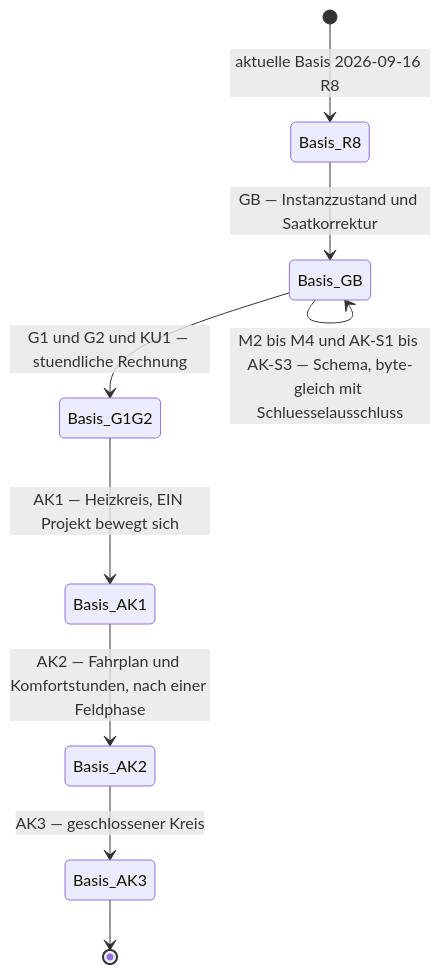
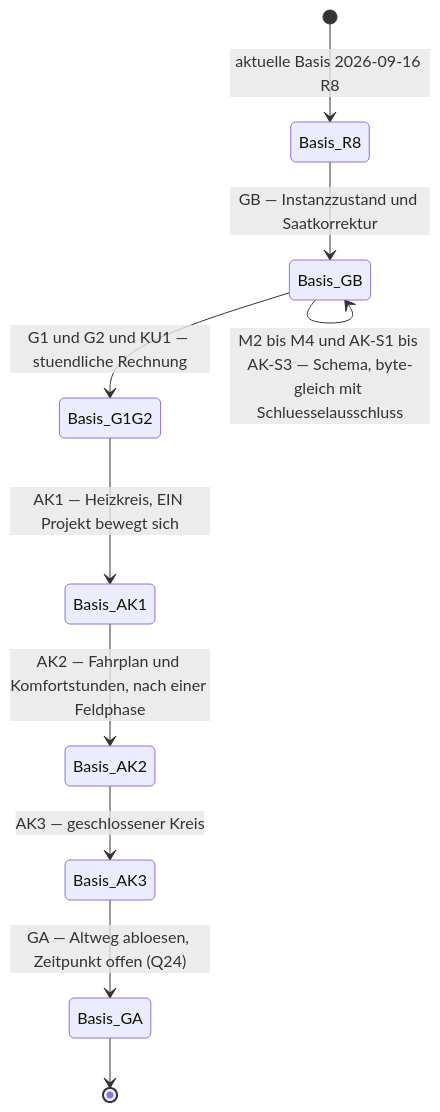
One commit to inekon/EPOS-Plan changed the fourth of 4 diagrams in Dokumentation/aktuell/Konzept_Anlagenkopplung_Gebaeudesimulation_EPOS-Plan.md. Above: the diagram before and after it, drawn with Mermaid. The commit also changed other lines of this file and 15 other files, not shown here.

````diff
--- a/Dokumentation/aktuell/Konzept_Anlagenkopplung_Gebaeudesimulation_EPOS-Plan.md
+++ b/Dokumentation/aktuell/Konzept_Anlagenkopplung_Gebaeudesimulation_EPOS-Plan.md
@@ -1578,11 +1851,12 @@
 ```mermaid
 stateDiagram-v2
   [*] --> Basis_R8 : aktuelle Basis 2026-09-16 R8
   Basis_R8 --> Basis_GB : GB — Instanzzustand und Saatkorrektur
   Basis_GB --> Basis_GB : M2 bis M4 und AK-S1 bis AK-S3 — Schema, byte-gleich mit Schluesselausschluss
   Basis_GB --> Basis_G1G2 : G1 und G2 und KU1 — stuendliche Rechnung
   Basis_G1G2 --> Basis_AK1 : AK1 — Heizkreis, EIN Projekt bewegt sich
   Basis_AK1 --> Basis_AK2 : AK2 — Fahrplan und Komfortstunden, nach einer Feldphase
   Basis_AK2 --> Basis_AK3 : AK3 — geschlossener Kreis
-  Basis_AK3 --> [*]
+  Basis_AK3 --> Basis_GA : GA — Altweg abloesen, Zeitpunkt offen (Q24)
+  Basis_GA --> [*]
 ```
````
